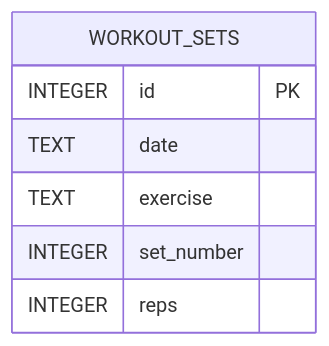
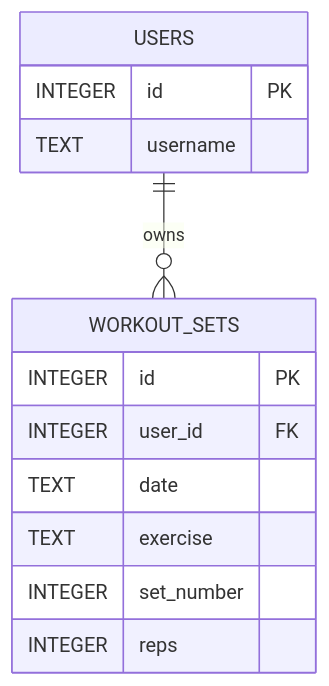
Before and after one commit to charithkatragaddas-a11y/claude-fit-track: the third of 3 diagrams in README.md, drawn with Mermaid. The commit also changed other lines of this file and 9 other files, not shown here.

````diff
--- a/README.md
+++ b/README.md
@@ -109,10 +144,16 @@
 ```mermaid
 erDiagram
+    USERS {
+        INTEGER id PK
+        TEXT    username
+    }
     WORKOUT_SETS {
         INTEGER id PK
+        INTEGER user_id FK
         TEXT    date
         TEXT    exercise
         INTEGER set_number
         INTEGER reps
     }
+    USERS ||--o{ WORKOUT_SETS : "owns"
 ```
````
